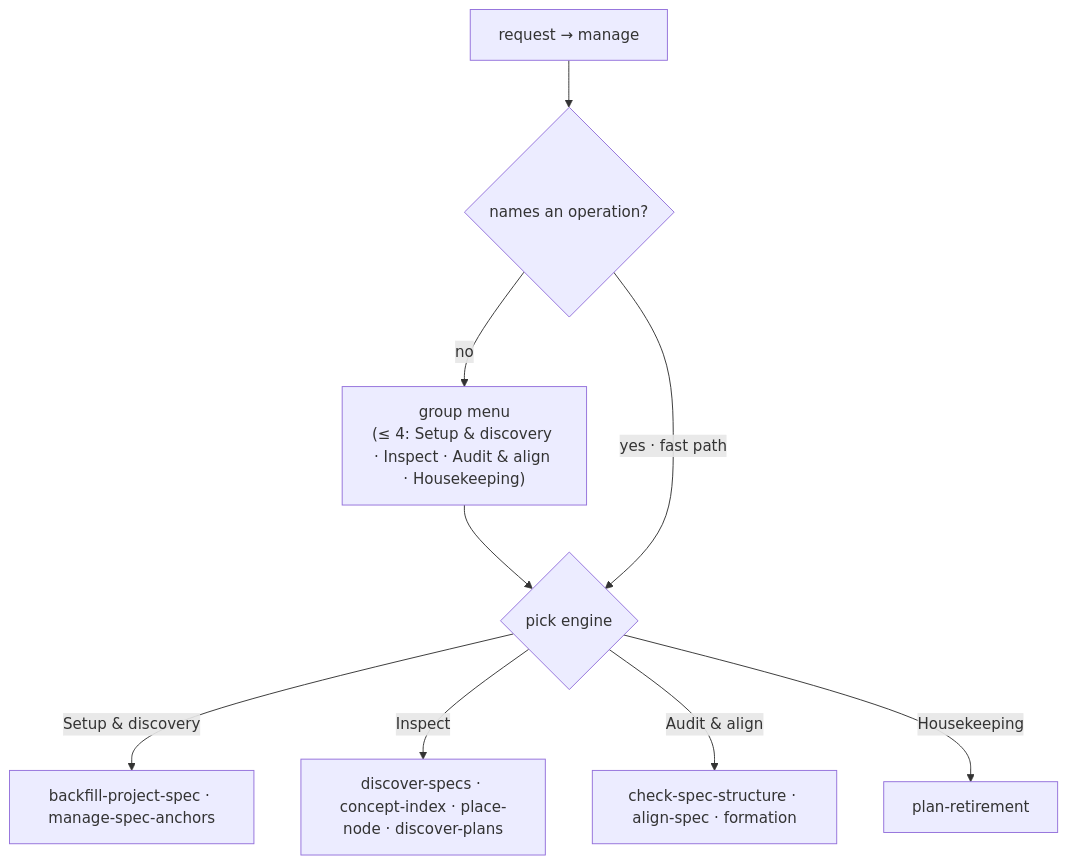
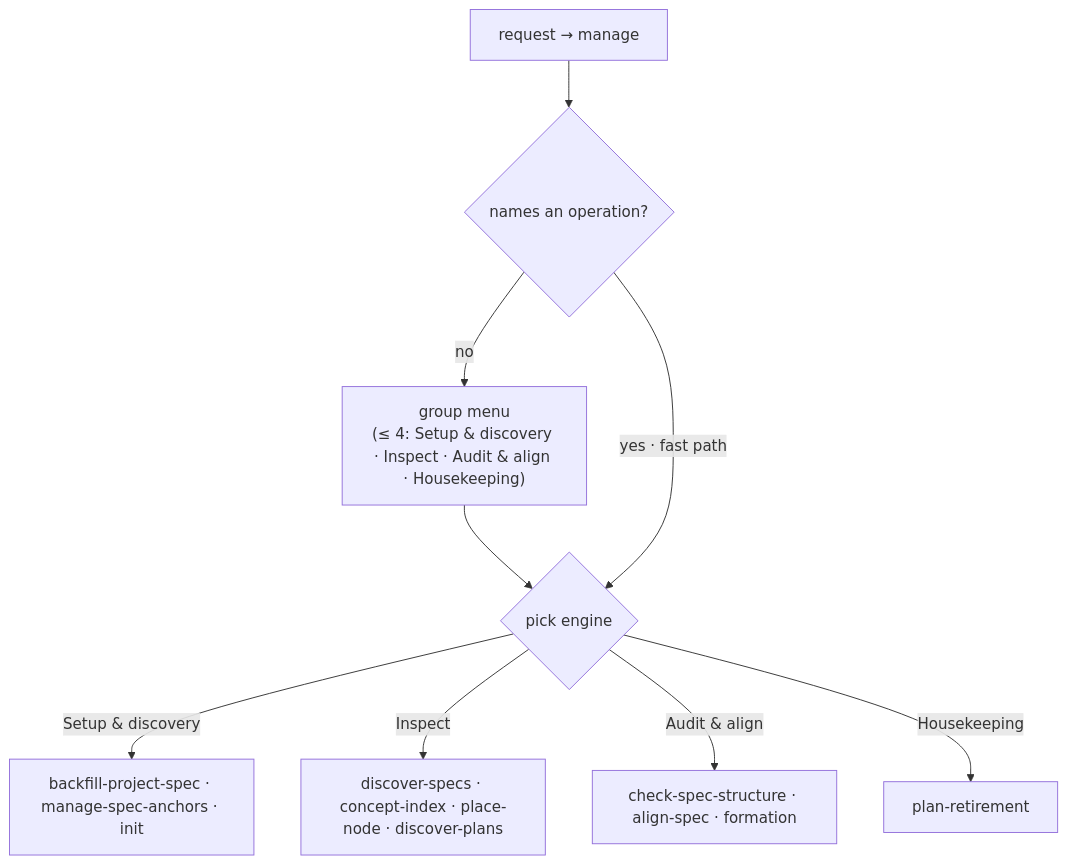
The diagram in .agents/specs/sdd/gateway/manage/README.md (cyberuni/cyber-sdd), drawn with Mermaid before and after one commit. The commit also changed other lines of this file and 6 other files, not shown here.

First line of the commit message:
feat(sdd): spec gate — init onboarding skill + mission statusline

````diff
--- a/.agents/specs/sdd/gateway/manage/README.md
+++ b/.agents/specs/sdd/gateway/manage/README.md
@@ -59,10 +60,10 @@
 ```mermaid
 flowchart TD
     REQ["request → manage"] --> BARE{"names an operation?"}
     BARE -->|no| GROUPS["group menu<br/>(≤ 4: Setup &amp; discovery · Inspect · Audit &amp; align · Housekeeping)"] --> PICK{pick engine}
     BARE -->|yes · fast path| PICK
-    PICK -->|Setup &amp; discovery| SD["backfill-project-spec · manage-spec-anchors"]
+    PICK -->|Setup &amp; discovery| SD["backfill-project-spec · manage-spec-anchors · init"]
     PICK -->|Inspect| INS["discover-specs · concept-index · place-node · discover-plans"]
     PICK -->|Audit &amp; align| AUD["check-spec-structure · align-spec · formation"]
     PICK -->|Housekeeping| HK["plan-retirement"]
 ```
````
